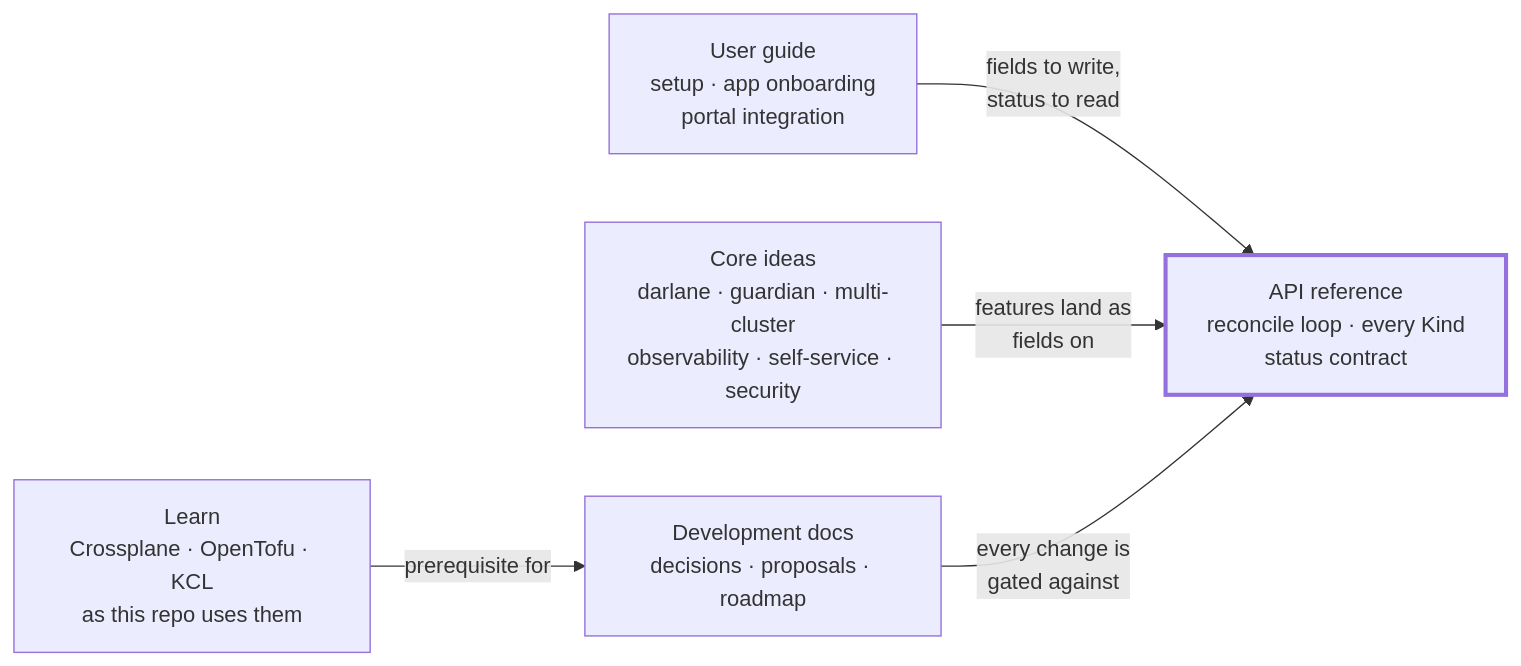
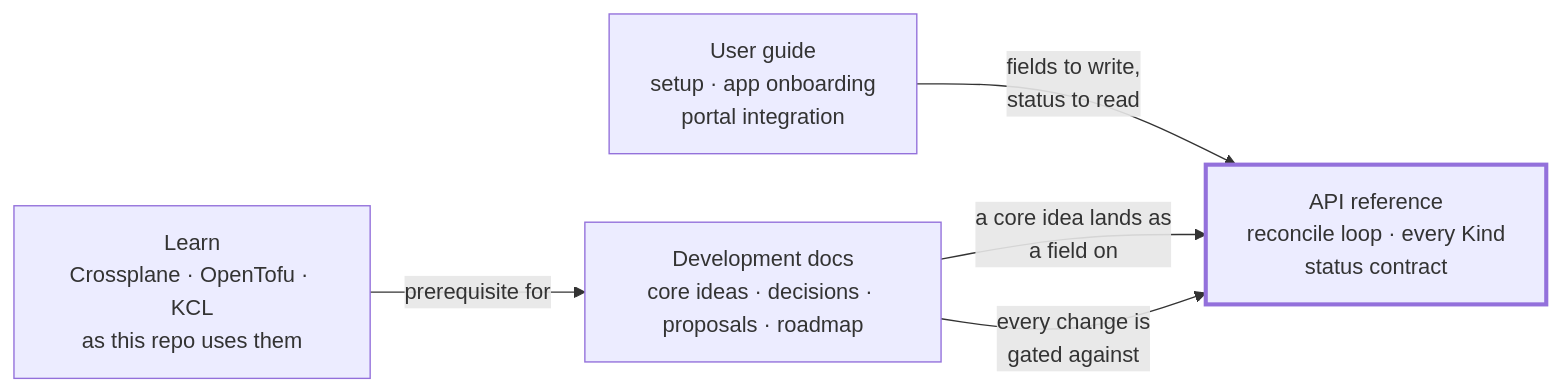
One commit to wxops-idp/wxops-core changed the diagram in docs/README.md. Above: the diagram before and after it, drawn with Mermaid. The commit also changed other lines of this file and 60 other files, not shown here.

````diff
--- a/docs/README.md
+++ b/docs/README.md
@@ -107,16 +85,15 @@
 ```mermaid
 flowchart LR
     LEARN["Learn<br/>Crossplane · OpenTofu · KCL<br/>as this repo uses them"]
     UG["User guide<br/>setup · app onboarding<br/>portal integration"]
     API["API reference<br/>reconcile loop · every Kind<br/>status contract"]
-    IDEAS["Core ideas<br/>darlane · guardian · multi-cluster<br/>observability · self-service · security"]
-    DEV["Development docs<br/>decisions · proposals · roadmap"]
+    DEV["Development docs<br/>core ideas · decisions · proposals · roadmap"]
 
     LEARN -->|"prerequisite for"| DEV
     UG -->|"fields to write,<br/>status to read"| API
-    IDEAS -->|"features land as<br/>fields on"| API
+    DEV -->|"a core idea lands as<br/>a field on"| API
     DEV -->|"every change is<br/>gated against"| API
 
     classDef hub stroke-width:3px
     class API hub
 ```
````
